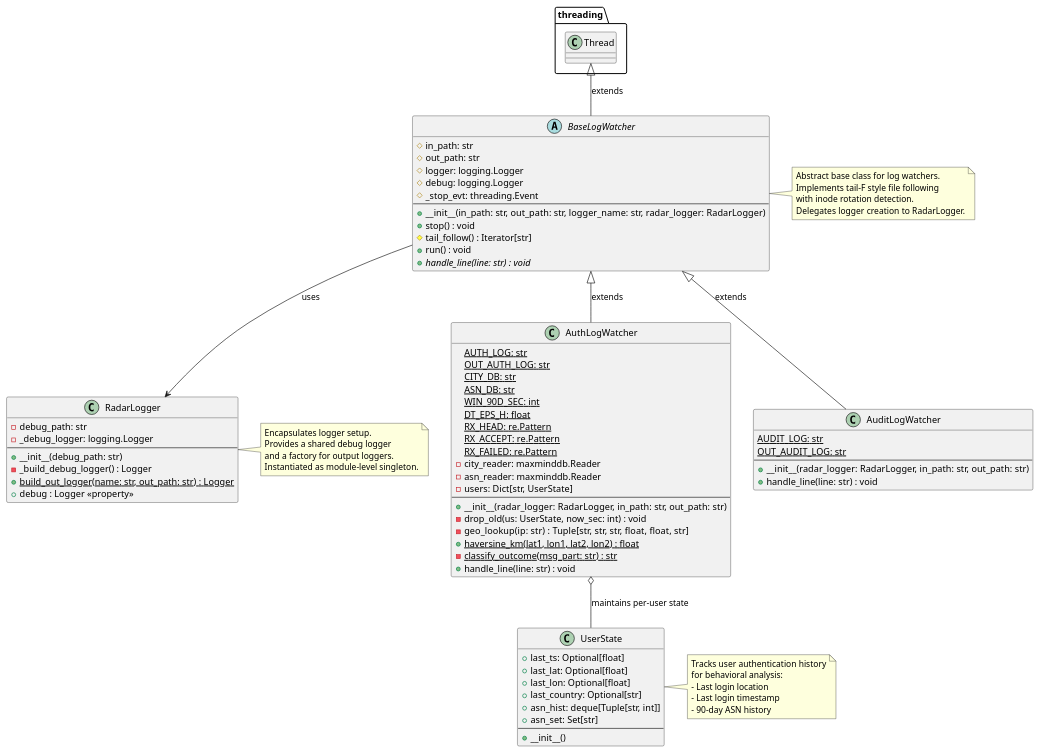
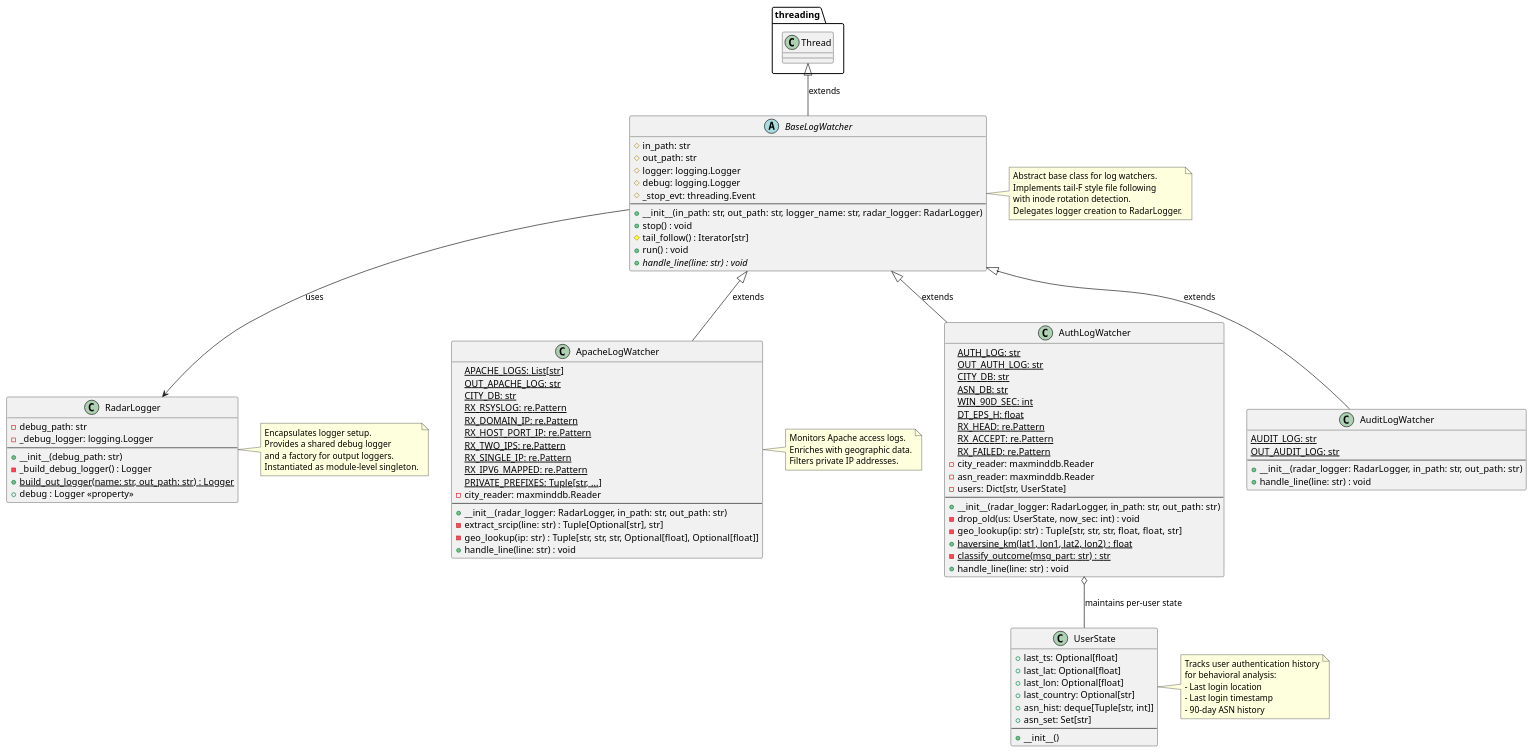
Before and after one commit to AbstractionsLab/idps-escape: the first of 2 diagrams in docs/specs/swd/SWD-030.md, drawn with PlantUML. The commit also changed other lines of this file and 117 other files, not shown here.

```diff
--- a/docs/specs/swd/SWD-030.md
+++ b/docs/specs/swd/SWD-030.md
@@ -73,6 +73,25 @@
   + handle_line(line: str) : void
 }
 
+class ApacheLogWatcher {
+  {static} APACHE_LOGS: List[str]
+  {static} OUT_APACHE_LOG: str
+  {static} CITY_DB: str
+  {static} RX_RSYSLOG: re.Pattern
+  {static} RX_DOMAIN_IP: re.Pattern
+  {static} RX_HOST_PORT_IP: re.Pattern
+  {static} RX_TWO_IPS: re.Pattern
+  {static} RX_SINGLE_IP: re.Pattern
+  {static} RX_IPV6_MAPPED: re.Pattern
+  {static} PRIVATE_PREFIXES: Tuple[str, ...]
+  - city_reader: maxminddb.Reader
+  ---
+  + __init__(radar_logger: RadarLogger, in_path: str, out_path: str)
+  - extract_srcip(line: str) : Tuple[Optional[str], str]
+  - geo_lookup(ip: str) : Tuple[str, str, str, Optional[float], Optional[float]]
+  + handle_line(line: str) : void
+}
+
 class AuditLogWatcher {
   {static} AUDIT_LOG: str
   {static} OUT_AUDIT_LOG: str
@@ -93,6 +112,7 @@
 }
 
 BaseLogWatcher <|-- AuthLogWatcher : extends
+BaseLogWatcher <|-- ApacheLogWatcher : extends
 BaseLogWatcher <|-- AuditLogWatcher : extends
 AuthLogWatcher o-- UserState : maintains per-user state
 threading.Thread <|-- BaseLogWatcher : extends
@@ -112,6 +132,12 @@
   Delegates logger creation to RadarLogger.
 end note
 
+note right of ApacheLogWatcher
+  Monitors Apache access logs.
+  Enriches with geographic data.
+  Filters private IP addresses.
+end note
+
 note right of UserState
   Tracks user authentication history
   for behavioral analysis:
```
